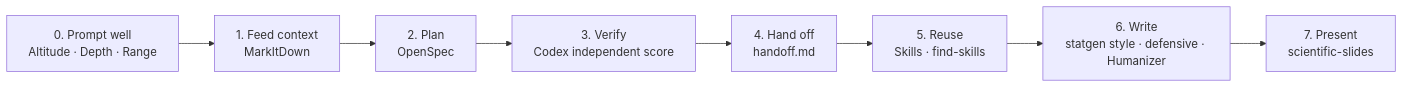
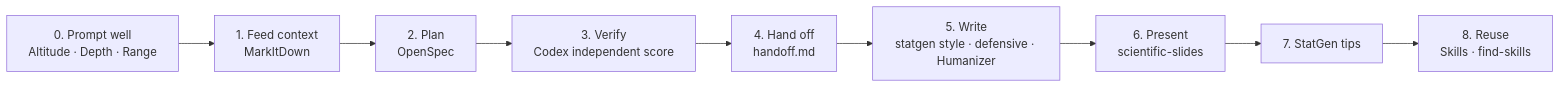
The diagram in code/wiki/AI_Research_Toolkit.md (al4225/claude_code), drawn with Mermaid before and after one commit. The commit also changed other lines of this file, not shown here.

Commit message:
Move Skills section to the end (now 8a/8b); renumber Writing 5, Slides 6, StatGen tips 7

````diff
--- a/code/wiki/AI_Research_Toolkit.md
+++ b/code/wiki/AI_Research_Toolkit.md
@@ -9,10 +9,11 @@
 ```mermaid
 flowchart LR
     A["0. Prompt well<br/>Altitude · Depth · Range"] --> B["1. Feed context<br/>MarkItDown"]
     B --> C["2. Plan<br/>OpenSpec"]
     C --> D["3. Verify<br/>Codex independent score"]
     D --> E["4. Hand off<br/>handoff.md"]
-    E --> F["5. Reuse<br/>Skills · find-skills"]
-    F --> G["6. Write<br/>statgen style · defensive · Humanizer"]
-    G --> H["7. Present<br/>scientific-slides"]
+    E --> G["5. Write<br/>statgen style · defensive · Humanizer"]
+    G --> H["6. Present<br/>scientific-slides"]
+    H --> I["7. StatGen tips"]
+    I --> F["8. Reuse<br/>Skills · find-skills"]
 ```
````
